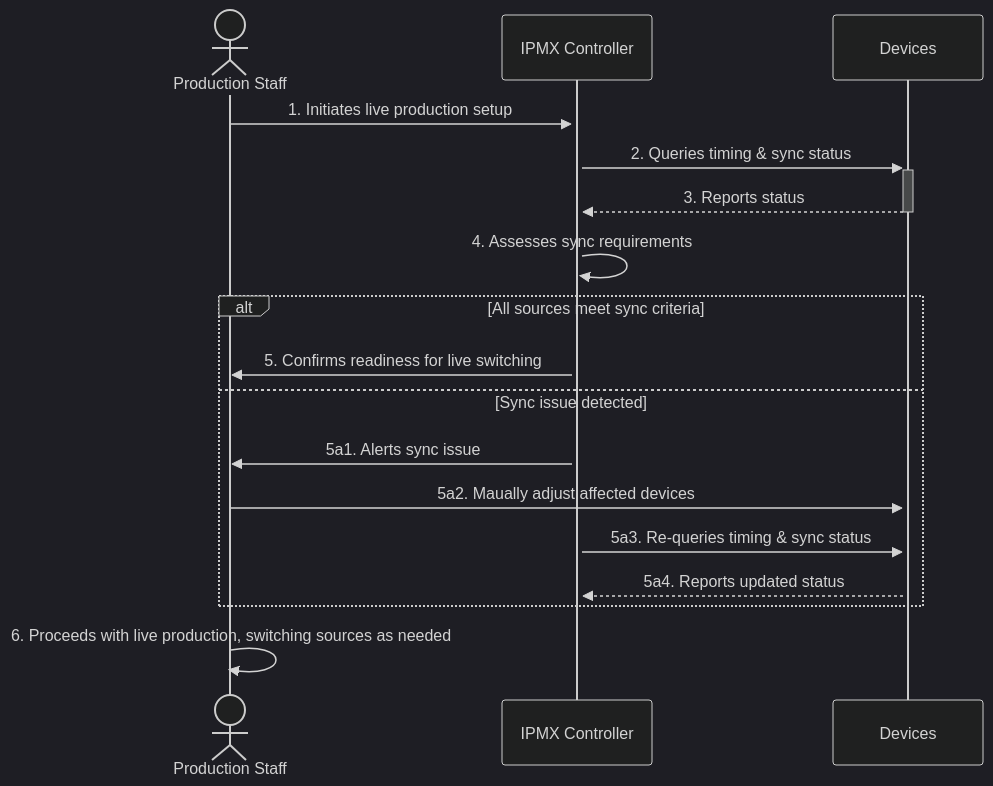
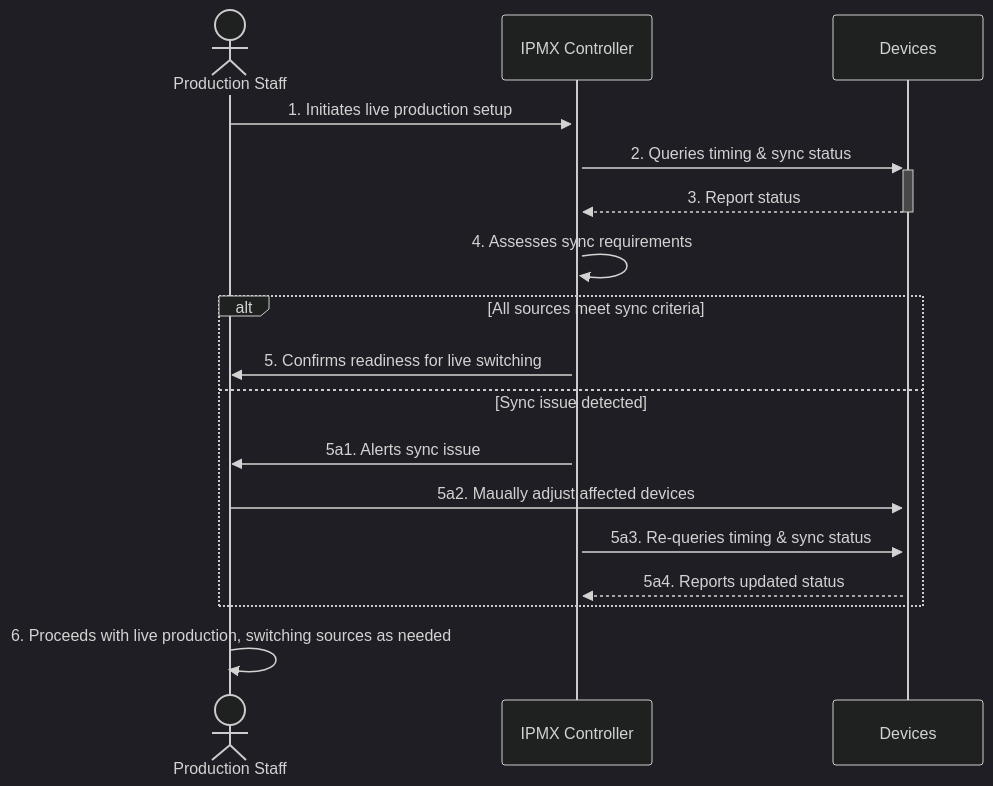
Before and after one commit to rbgodwin-nt/amwa-requirements-tracking: the diagram in IPMX/ProductionWorkflowEnhancement/Synchronization/UseCases/LiveProductionSwitching.md, drawn with Mermaid (dark theme).

````diff
--- a/IPMX/ProductionWorkflowEnhancement/Synchronization/UseCases/LiveProductionSwitching.md
+++ b/IPMX/ProductionWorkflowEnhancement/Synchronization/UseCases/LiveProductionSwitching.md
@@ -55,20 +55,20 @@
 ```mermaid
 sequenceDiagram
     actor PS as Production Staff
     participant IPMXC as IPMX Controller
     participant DS as Devices
  
     PS->>+IPMXC: 1. Initiates live production setup
     IPMXC->>+DS: 2. Queries timing & sync status
-    DS-->>-IPMXC: 3. Reports status
+    DS-->>-IPMXC: 3. Report status
     IPMXC->>IPMXC: 4. Assesses sync requirements
     alt All sources meet sync criteria
         IPMXC->>PS: 5. Confirms readiness for live switching
     else Sync issue detected
         IPMXC->>PS: 5a1. Alerts sync issue
         PS->>+DS: 5a2. Maually adjust affected devices
         IPMXC->>DS: 5a3. Re-queries timing & sync status
      DS-->>IPMXC: 5a4. Reports updated status
     end
    PS->>PS: 6. Proceeds with live production, switching sources as needed
 ```
````
